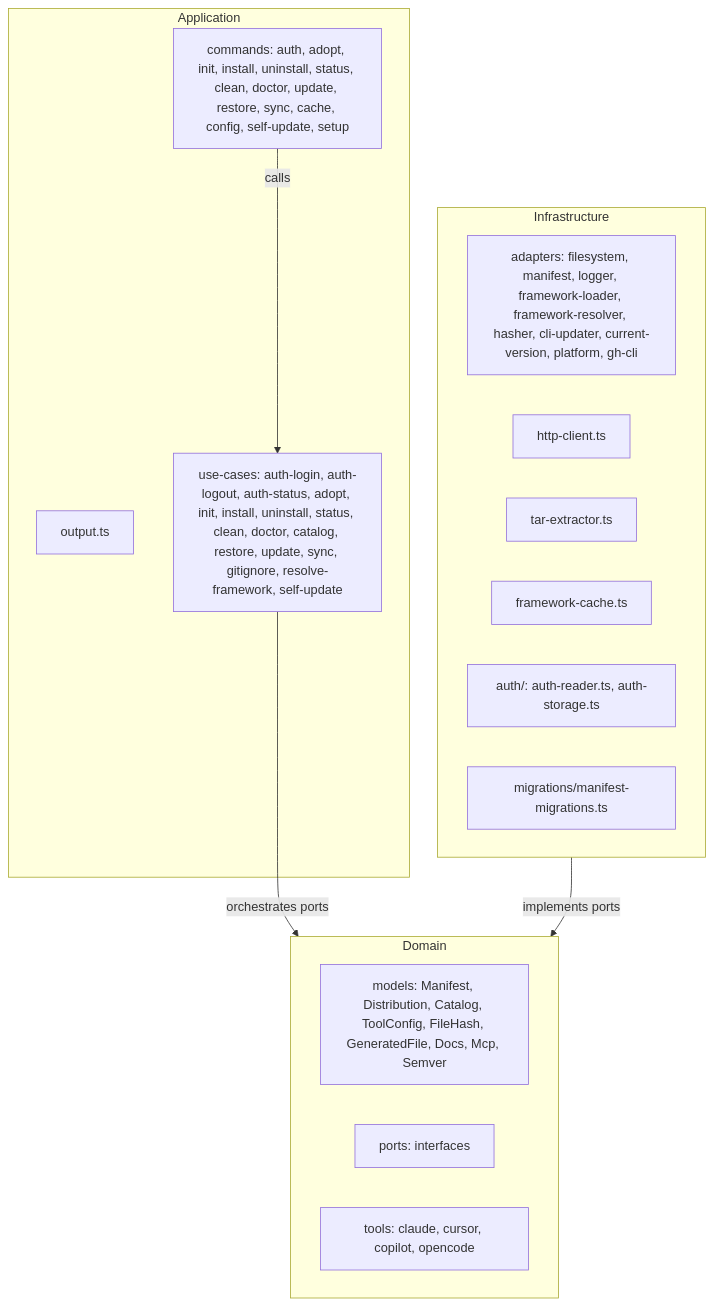
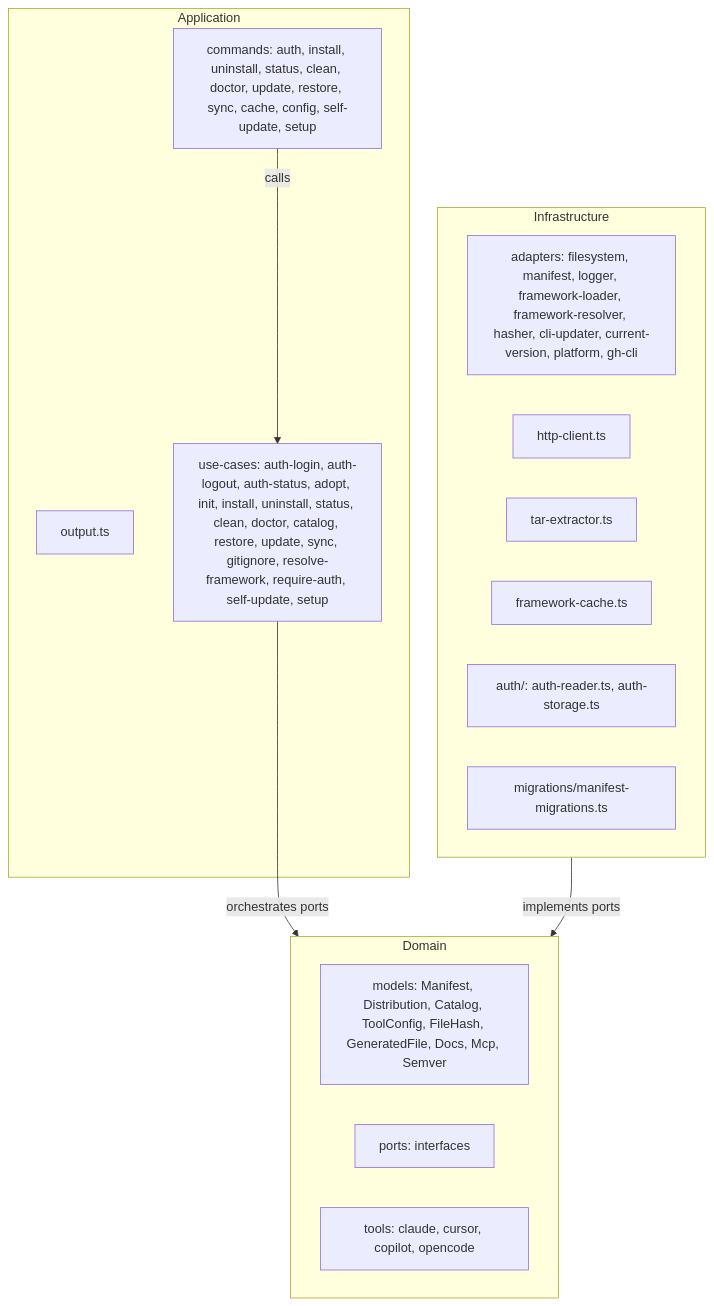
The second of 3 diagrams in aidd_docs/memory/architecture.md (ai-driven-dev/framework), drawn with Mermaid before and after one commit. The commit also changed other lines of this file and 16 other files, not shown here.

````diff
--- a/aidd_docs/memory/architecture.md
+++ b/aidd_docs/memory/architecture.md
@@ -40,24 +40,24 @@
 ```mermaid
 flowchart TD
     subgraph APP["Application"]
-        CMD_FILES["commands: auth, adopt, init, install, uninstall, status, clean, doctor, update, restore, sync, cache, config, self-update, setup"]
+        CMD_FILES["commands: auth, install, uninstall, status, clean, doctor, update, restore, sync, cache, config, self-update, setup"]
         OUTPUT["output.ts"]
-        USECASES["use-cases: auth-login, auth-logout, auth-status, adopt, init, install, uninstall, status, clean, doctor, catalog, restore, update, sync, gitignore, resolve-framework, self-update"]
+        USECASES["use-cases: auth-login, auth-logout, auth-status, adopt, init, install, uninstall, status, clean, doctor, catalog, restore, update, sync, gitignore, resolve-framework, require-auth, self-update, setup"]
     end
     subgraph DOM["Domain"]
         MODELS["models: Manifest, Distribution, Catalog, ToolConfig, FileHash, GeneratedFile, Docs, Mcp, Semver"]
         PORTS["ports: interfaces"]
         TOOLS["tools: claude, cursor, copilot, opencode"]
     end
     subgraph INFRA["Infrastructure"]
         ADAPTERS["adapters: filesystem, manifest, logger, framework-loader, framework-resolver, hasher, cli-updater, current-version, platform, gh-cli"]
         HTTP["http-client.ts"]
         TAR["tar-extractor.ts"]
         CACHE["framework-cache.ts"]
         AUTH["auth/: auth-reader.ts, auth-storage.ts"]
         MIG["migrations/manifest-migrations.ts"]
     end
     CMD_FILES -->|calls| USECASES
     USECASES -->|orchestrates ports| DOM
     INFRA -->|implements ports| DOM
 ```
````
